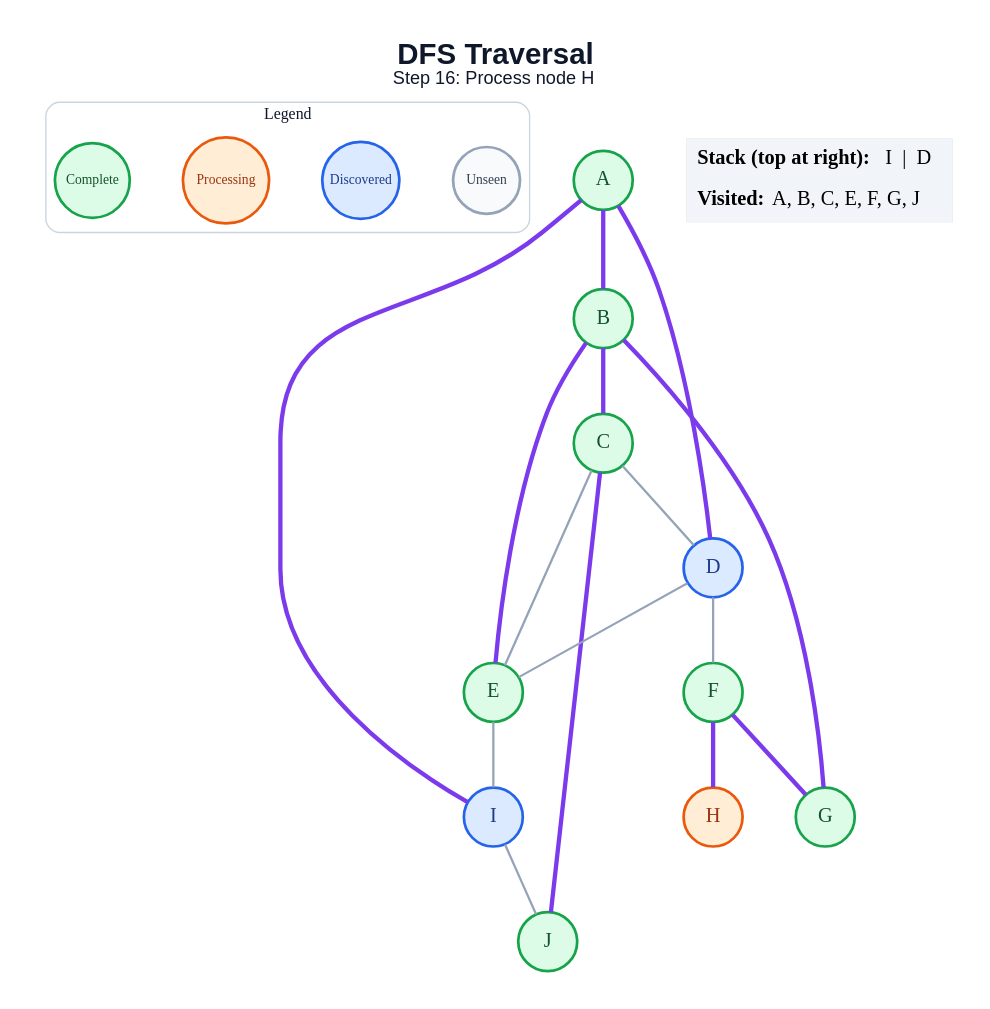
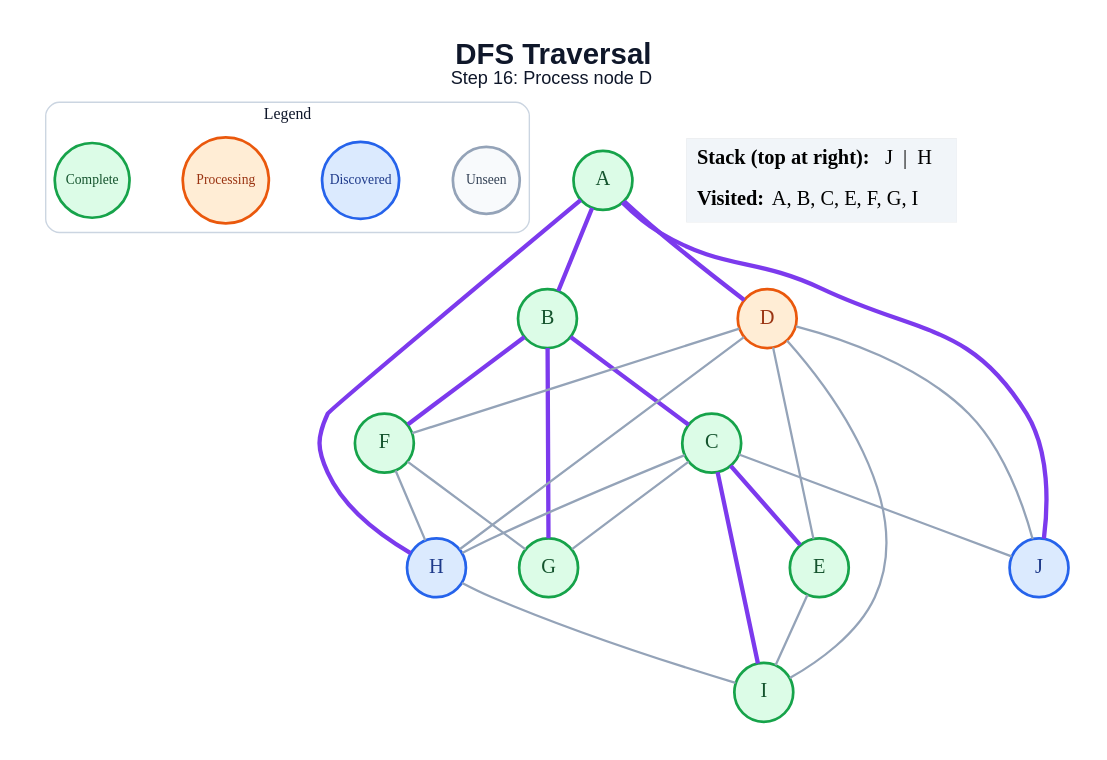
The diagram in generated/dfs/step_16.dot (anon7238593-create/ai-slop), drawn with Graphviz before and after one commit. The commit also changed 171 other files, not shown here.

```diff
--- a/generated/dfs/step_16.dot
+++ b/generated/dfs/step_16.dot
@@ -1,44 +1,50 @@
 graph traversal {
   graph [layout=dot, rankdir=TB, bgcolor="#FFFFFF", pad="0.35", nodesep="0.65", ranksep="0.8", fontname="Arial"];
   node [shape=circle, style="filled", fontname="Arial Bold", fontsize=18, width=0.72, fixedsize=true, penwidth=2.4];
   edge [color="#94A3B8", penwidth=2.0];
-  label=<<B>DFS Traversal</B><BR/><FONT POINT-SIZE="16">Step 16: Process node H</FONT>>; labelloc="t"; fontsize=26; fontname="Arial"; fontcolor="#0F172A";
+  label=<<B>DFS Traversal</B><BR/><FONT POINT-SIZE="16">Step 16: Process node D</FONT>>; labelloc="t"; fontsize=26; fontname="Arial"; fontcolor="#0F172A";
   subgraph cluster_legend { label="Legend"; color="#CBD5E1"; penwidth=1.2; style="rounded"; fontsize=14; fontname="Arial Bold";
     key_unseen [label="Unseen", fillcolor="#F8FAFC", color="#94A3B8", fontcolor="#334155", fontsize=12, width=0.82];
     key_frontier [label="Discovered", fillcolor="#DBEAFE", color="#2563EB", fontcolor="#1E3A8A", fontsize=12, width=0.95];
     key_current [label="Processing", fillcolor="#FFEDD5", color="#EA580C", fontcolor="#9A3412", fontsize=12, width=1.05];
     key_done [label="Complete", fillcolor="#DCFCE7", color="#16A34A", fontcolor="#14532D", fontsize=12, width=0.92];
     { rank=same; key_unseen; key_frontier; key_current; key_done; }
   }
   A [fillcolor="#DCFCE7", color="#16A34A", fontcolor="#14532D"];
   B [fillcolor="#DCFCE7", color="#16A34A", fontcolor="#14532D"];
   C [fillcolor="#DCFCE7", color="#16A34A", fontcolor="#14532D"];
-  D [fillcolor="#DBEAFE", color="#2563EB", fontcolor="#1E3A8A"];
+  D [fillcolor="#FFEDD5", color="#EA580C", fontcolor="#9A3412"];
   E [fillcolor="#DCFCE7", color="#16A34A", fontcolor="#14532D"];
   F [fillcolor="#DCFCE7", color="#16A34A", fontcolor="#14532D"];
   G [fillcolor="#DCFCE7", color="#16A34A", fontcolor="#14532D"];
-  H [fillcolor="#FFEDD5", color="#EA580C", fontcolor="#9A3412"];
-  I [fillcolor="#DBEAFE", color="#2563EB", fontcolor="#1E3A8A"];
-  J [fillcolor="#DCFCE7", color="#16A34A", fontcolor="#14532D"];
+  H [fillcolor="#DBEAFE", color="#2563EB", fontcolor="#1E3A8A"];
+  I [fillcolor="#DCFCE7", color="#16A34A", fontcolor="#14532D"];
+  J [fillcolor="#DBEAFE", color="#2563EB", fontcolor="#1E3A8A"];
   A -- B [color="#7C3AED", penwidth=3.8];
   A -- D [color="#7C3AED", penwidth=3.8];
-  A -- I [color="#7C3AED", penwidth=3.8];
+  A -- H [color="#7C3AED", penwidth=3.8];
+  A -- J [color="#7C3AED", penwidth=3.8];
   B -- C [color="#7C3AED", penwidth=3.8];
-  B -- E [color="#7C3AED", penwidth=3.8];
+  B -- F [color="#7C3AED", penwidth=3.8];
   B -- G [color="#7C3AED", penwidth=3.8];
-  C -- D;
-  C -- E;
-  C -- J [color="#7C3AED", penwidth=3.8];
+  C -- E [color="#7C3AED", penwidth=3.8];
+  C -- G;
+  C -- H;
+  C -- I [color="#7C3AED", penwidth=3.8];
+  C -- J;
   D -- E;
   D -- F;
+  D -- H;
+  D -- I;
+  D -- J;
   E -- I;
-  F -- G [color="#7C3AED", penwidth=3.8];
-  F -- H [color="#7C3AED", penwidth=3.8];
-  I -- J;
+  F -- G;
+  F -- H;
+  H -- I;
   status [shape=plain, fixedsize=false, width=0, height=0, margin=0, label=<
     <TABLE BORDER="0" CELLBORDER="0" CELLPADDING="7" BGCOLOR="#F1F5F9">
-      <TR><TD ALIGN="LEFT"><B>Stack (top at right):</B> I  |  D</TD></TR>
-      <TR><TD ALIGN="LEFT"><B>Visited:</B> A, B, C, E, F, G, J</TD></TR>
+      <TR><TD ALIGN="LEFT"><B>Stack (top at right):</B> J  |  H</TD></TR>
+      <TR><TD ALIGN="LEFT"><B>Visited:</B> A, B, C, E, F, G, I</TD></TR>
     </TABLE>
   >];
 }
```
